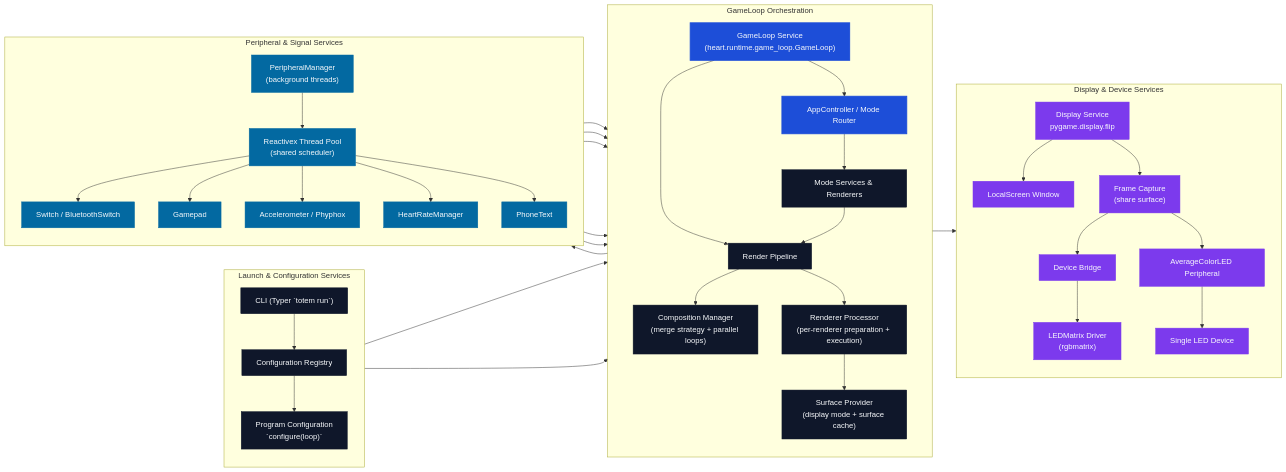
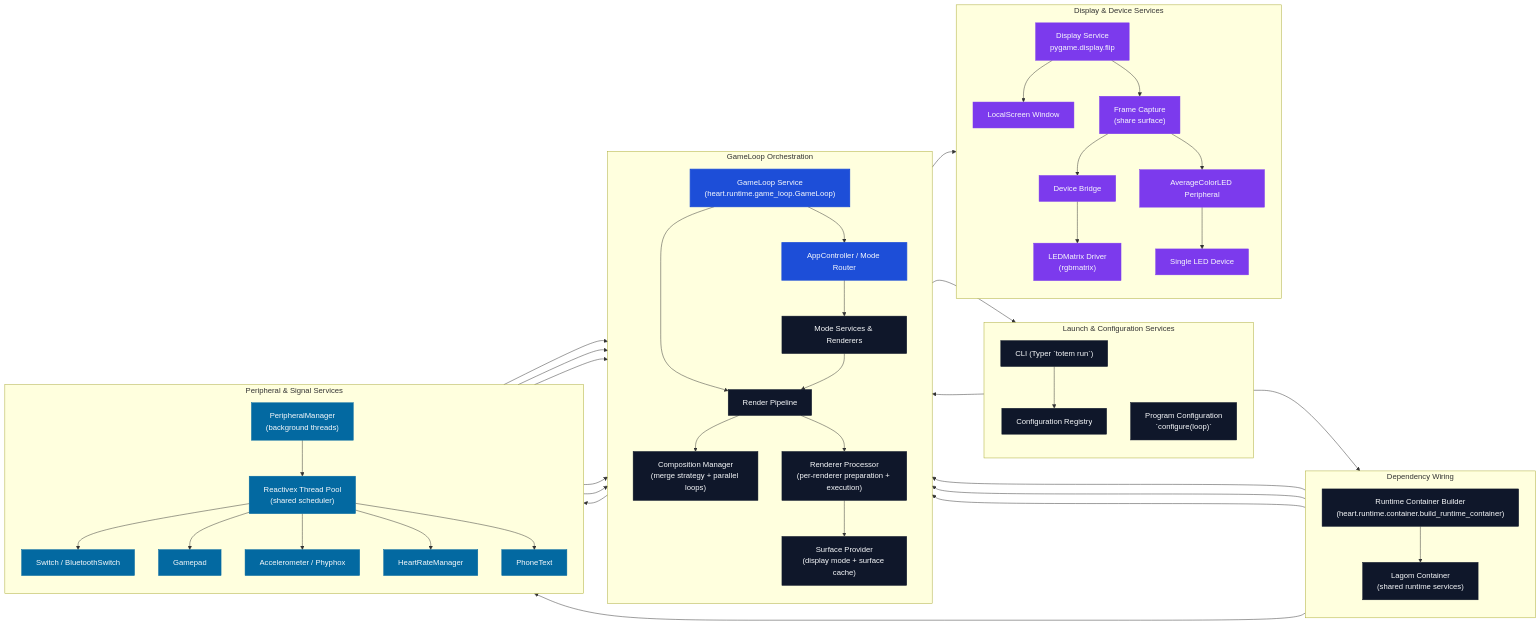
One commit to Organization5762/heart changed the diagram in docs/code_flow.md. Above: the diagram before and after it, drawn with Mermaid. The commit also changed other lines of this file and 22 other files, not shown here.

Commit message:
Integrate lagom runtime container wiring

````diff
--- a/docs/code_flow.md
+++ b/docs/code_flow.md
@@ -19,70 +19,79 @@
 ```mermaid
 flowchart LR
     %% Visual classes for different service categories
     classDef orchestrator fill:#1d4ed8,stroke:#1d4ed8,color:#f8fafc,stroke-width:2px;
     classDef service fill:#0f172a,stroke:#0f172a,color:#f8fafc;
     classDef input fill:#0369a1,stroke:#0369a1,color:#f8fafc;
     classDef output fill:#7c3aed,stroke:#7c3aed,color:#f8fafc;
 
     subgraph Launch["Launch & Configuration Services"]
         direction TB
         CLI["CLI (Typer `totem run`)"]
         Registry["Configuration Registry"]
         Configurer["Program Configuration\n`configure(loop)`"]
+    end
+
+    subgraph Wiring["Dependency Wiring"]
+        direction TB
+        ContainerBuilder["Runtime Container Builder\n(heart.runtime.container.build_runtime_container)"]
+        RuntimeContainer["Lagom Container\n(shared runtime services)"]
     end
 
     subgraph Runtime["GameLoop Orchestration"]
         direction TB
         Loop["GameLoop Service\n(heart.runtime.game_loop.GameLoop)"]
         AppRouter["AppController / Mode Router"]
         ModeServices["Mode Services & Renderers"]
         RenderPipeline["Render Pipeline"]
         SurfaceProvider["Surface Provider\n(display mode + surface cache)"]
         RendererProcessor["Renderer Processor\n(per-renderer preparation + execution)"]
         CompositionManager["Composition Manager\n(merge strategy + parallel loops)"]
     end
 
     subgraph Inputs["Peripheral & Signal Services"]
         direction TB
         PeripheralMgr["PeripheralManager\n(background threads)"]
         RxScheduler["Reactivex Thread Pool\n(shared scheduler)"]
         Switch["Switch / BluetoothSwitch"]
         Gamepad["Gamepad"]
         Sensors["Accelerometer / Phyphox"]
         HeartRate["HeartRateManager"]
         PhoneText["PhoneText"]
     end
 
     subgraph Outputs["Display & Device Services"]
         direction TB
         DisplaySvc["Display Service\npygame.display.flip"]
         LocalScreen["LocalScreen Window"]
         Capture["Frame Capture\n(share surface)"]
         DeviceBridge["Device Bridge"]
         LedMatrix["LEDMatrix Driver\n(rgbmatrix)"]
         AverageMirror["AverageColorLED Peripheral"]
         SingleLED["Single LED Device"]
     end
 
-    CLI --> Registry --> Configurer --> Loop
-    Configurer --> AppRouter
+    CLI --> Registry --> ContainerBuilder --> RuntimeContainer --> Loop
+    Loop --> Configurer --> AppRouter
     Loop --> AppRouter
+    RuntimeContainer --> AppRouter
+    RuntimeContainer --> RenderPipeline
+    RuntimeContainer --> PeripheralMgr
     Loop --> RenderPipeline
     AppRouter --> ModeServices --> RenderPipeline --> CompositionManager --> DisplaySvc
     RenderPipeline --> RendererProcessor --> SurfaceProvider
     DisplaySvc --> LocalScreen
     DisplaySvc --> Capture --> DeviceBridge --> LedMatrix
     Capture --> AverageMirror --> SingleLED
 
     Loop --> PeripheralMgr --> RxScheduler
     RxScheduler --> Switch --> AppRouter
     RxScheduler --> Gamepad --> AppRouter
     RxScheduler --> Sensors --> AppRouter
     RxScheduler --> HeartRate --> AppRouter
     RxScheduler --> PhoneText --> AppRouter
 
-    class CLI,Registry,Configurer,ModeServices,RenderPipeline,RendererProcessor,SurfaceProvider,CompositionManager service;
+    class CLI,Registry,Configurer,ContainerBuilder,RuntimeContainer,ModeServices,RenderPipeline,RendererProcessor,SurfaceProvider,CompositionManager service;
     class Loop,AppRouter orchestrator;
     class PeripheralMgr,RxScheduler,Switch,Gamepad,Sensors,HeartRate,PhoneText input;
     class DisplaySvc,LocalScreen,Capture,DeviceBridge,LedMatrix,AverageMirror,SingleLED output;
 ```
````
